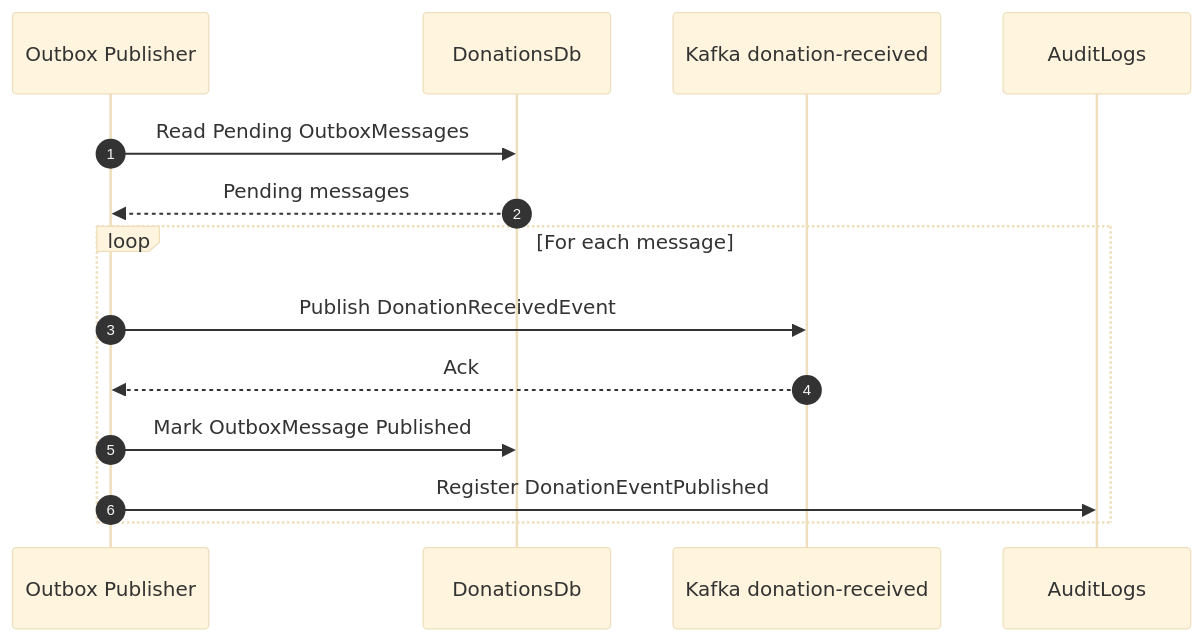
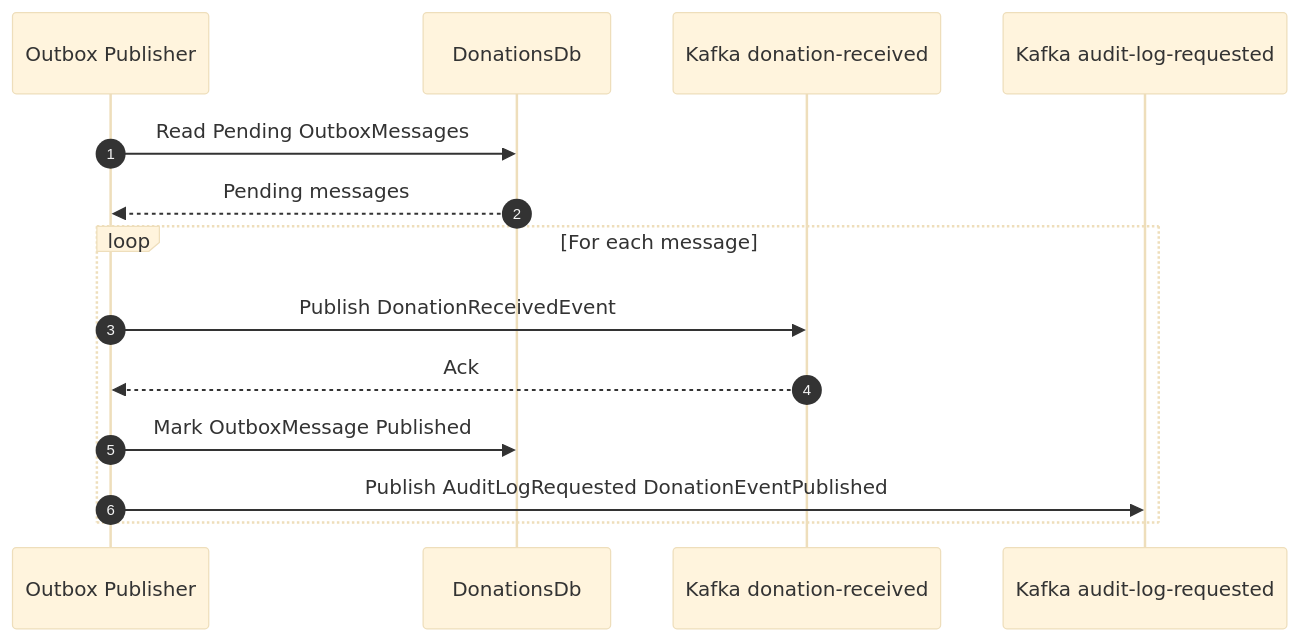
One commit to group10-tc-01/fcs-fase05-docs changed diagram 25 of 30 in architecture/endpoint-flows.md. Above: the diagram before and after it, drawn with Mermaid (base theme). The commit also changed other lines of this file and 15 other files, not shown here.

````diff
--- a/architecture/endpoint-flows.md
+++ b/architecture/endpoint-flows.md
@@ -530,17 +530,17 @@
 ```mermaid
 sequenceDiagram
     autonumber
     participant Publisher as Outbox Publisher
     participant DonationsDb as DonationsDb
     participant Kafka as Kafka donation-received
-    participant Audit as AuditLogs
+    participant AuditKafka as Kafka audit-log-requested
 
     Publisher->>DonationsDb: Read Pending OutboxMessages
     DonationsDb-->>Publisher: Pending messages
     loop For each message
         Publisher->>Kafka: Publish DonationReceivedEvent
         Kafka-->>Publisher: Ack
         Publisher->>DonationsDb: Mark OutboxMessage Published
-        Publisher->>Audit: Register DonationEventPublished
+        Publisher->>AuditKafka: Publish AuditLogRequested DonationEventPublished
     end
 ```
````
